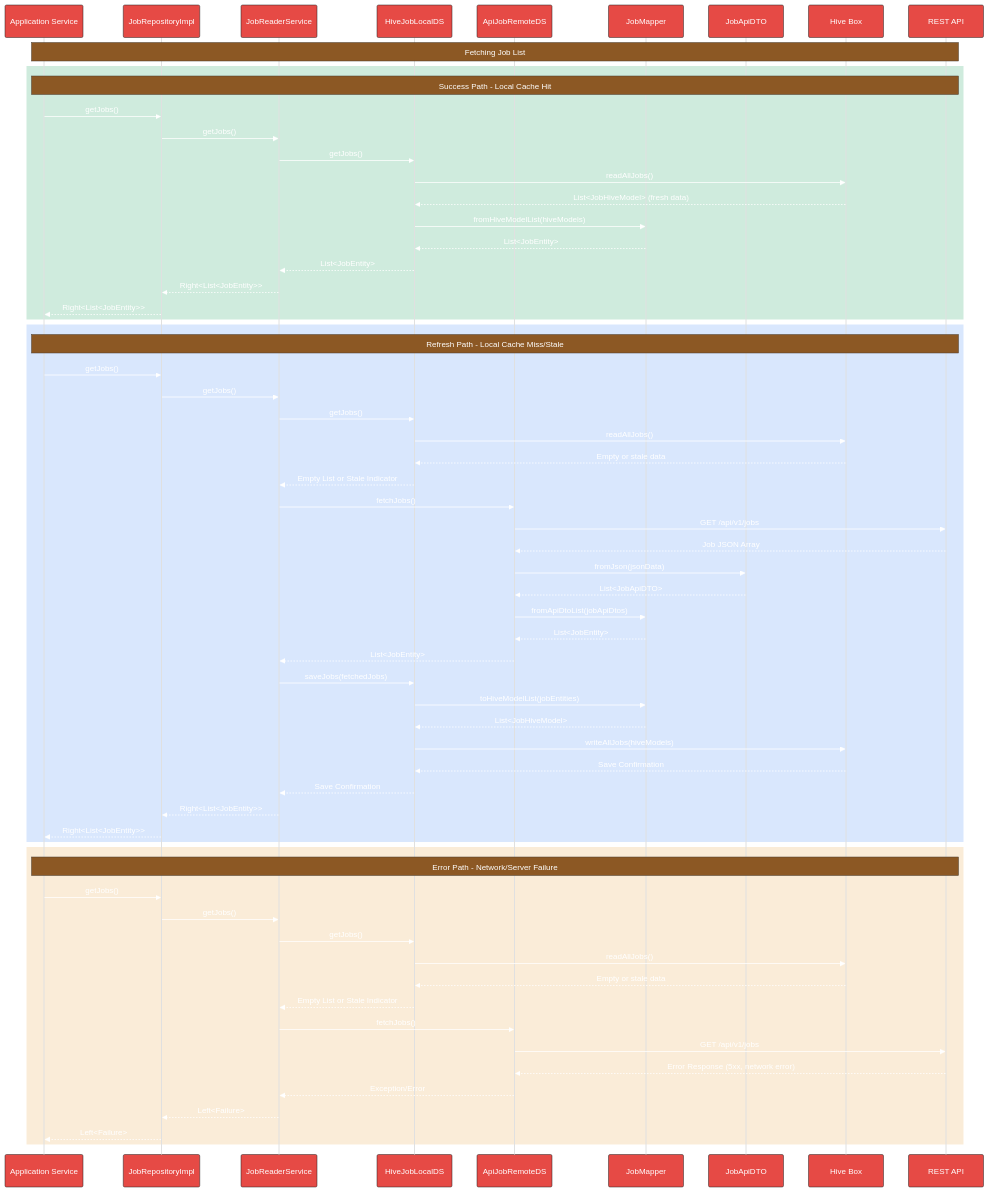
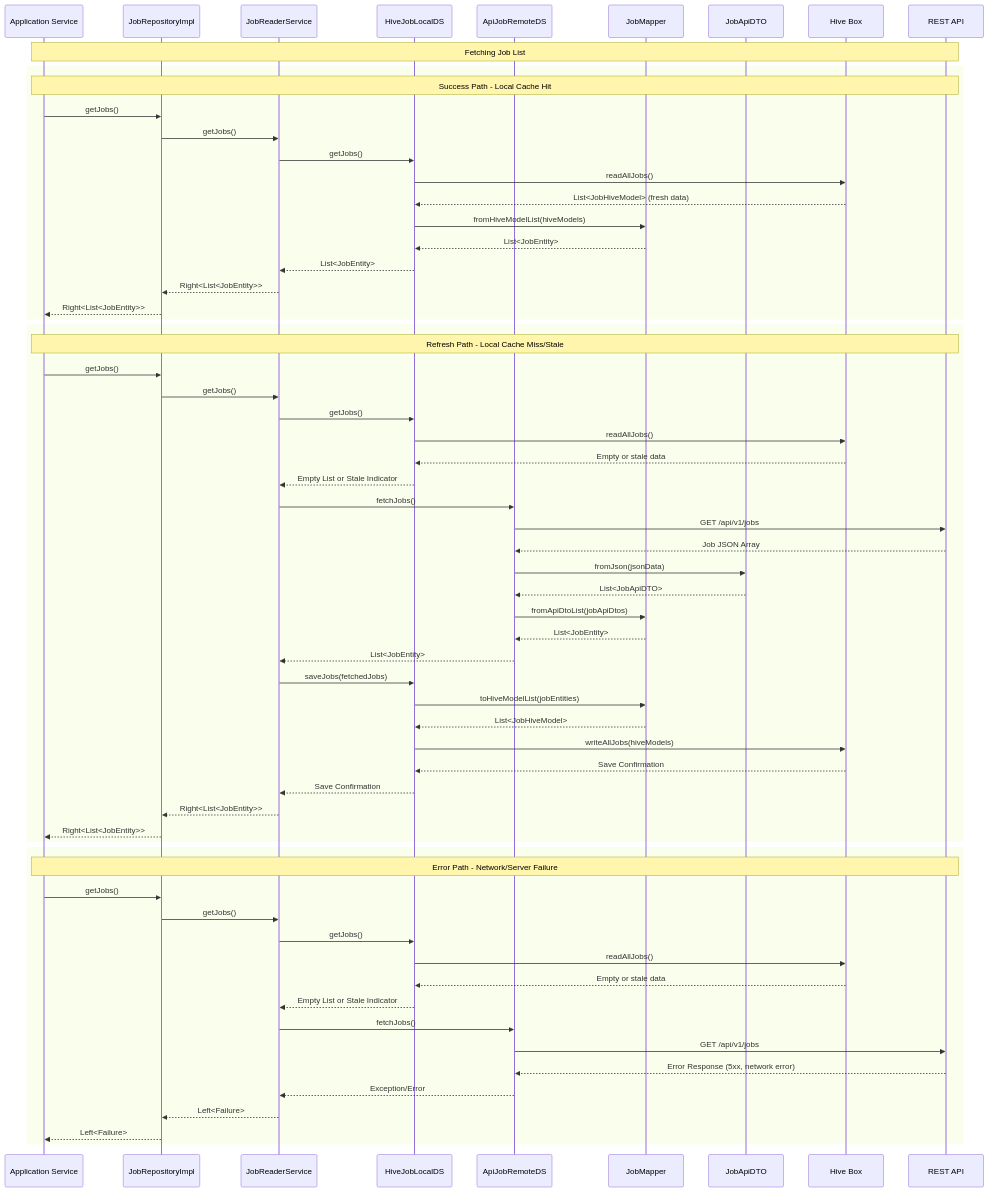
Before and after one commit to MediScribe/docjet-mobile: the second of 15 diagrams in docs/fresh-start/job_dataflow.md, drawn with Mermaid. The commit also changed other lines of this file and 20 other files, not shown here.

First line of the commit message:
docs: update job dataflow architecture documentation

````diff
--- a/docs/fresh-start/job_dataflow.md
+++ b/docs/fresh-start/job_dataflow.md
@@ -145,15 +151,4 @@
 ```mermaid
-%%{init: {'theme': 'base', 'themeVariables': { 
-  'primaryColor': '#E64A45', 
-  'primaryTextColor': '#fff', 
-  'primaryBorderColor': '#222', 
-  'lineColor': '#4285F4', 
-  'secondaryColor': '#0F9D58', 
-  'tertiaryColor': '#9E9E9E',
-  'actorLineColor': '#e0e0e0',
-  'noteBkgColor': '#8C5824',      
-  'noteTextColor': '#fff'       
-}}}%%
 sequenceDiagram
     participant AppSvc as Application Service
     participant JobRepo as JobRepositoryImpl
@@ -168,7 +163,7 @@
     Note over AppSvc, API: Fetching Job List
 
     %% Success Path - Local Data
-    rect rgb(15, 157, 88, 0.2)
+    rect 
     Note over AppSvc, API: Success Path - Local Cache Hit
     AppSvc->>JobRepo: getJobs()
     JobRepo->>ReaderSvc: getJobs()
@@ -183,7 +178,7 @@
     end
     
     %% Refresh Path - Remote Fetch
-    rect rgb(66, 133, 244, 0.2)
+    rect 
     Note over AppSvc, API: Refresh Path - Local Cache Miss/Stale
     AppSvc->>JobRepo: getJobs()
     JobRepo->>ReaderSvc: getJobs()
@@ -210,7 +205,7 @@
     end
     
     %% Error Path
-    rect rgb(230, 162, 60, 0.2)
+    rect 
     Note over AppSvc, API: Error Path - Network/Server Failure
     AppSvc->>JobRepo: getJobs()
     JobRepo->>ReaderSvc: getJobs()
````
